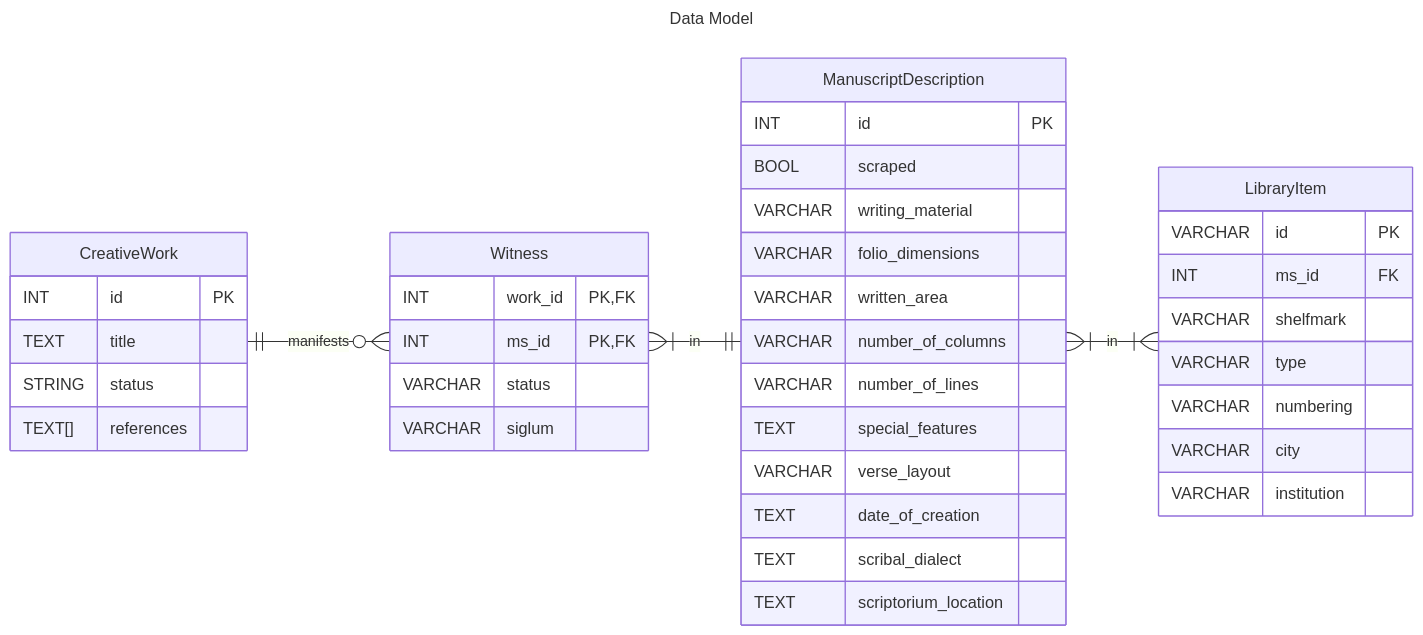
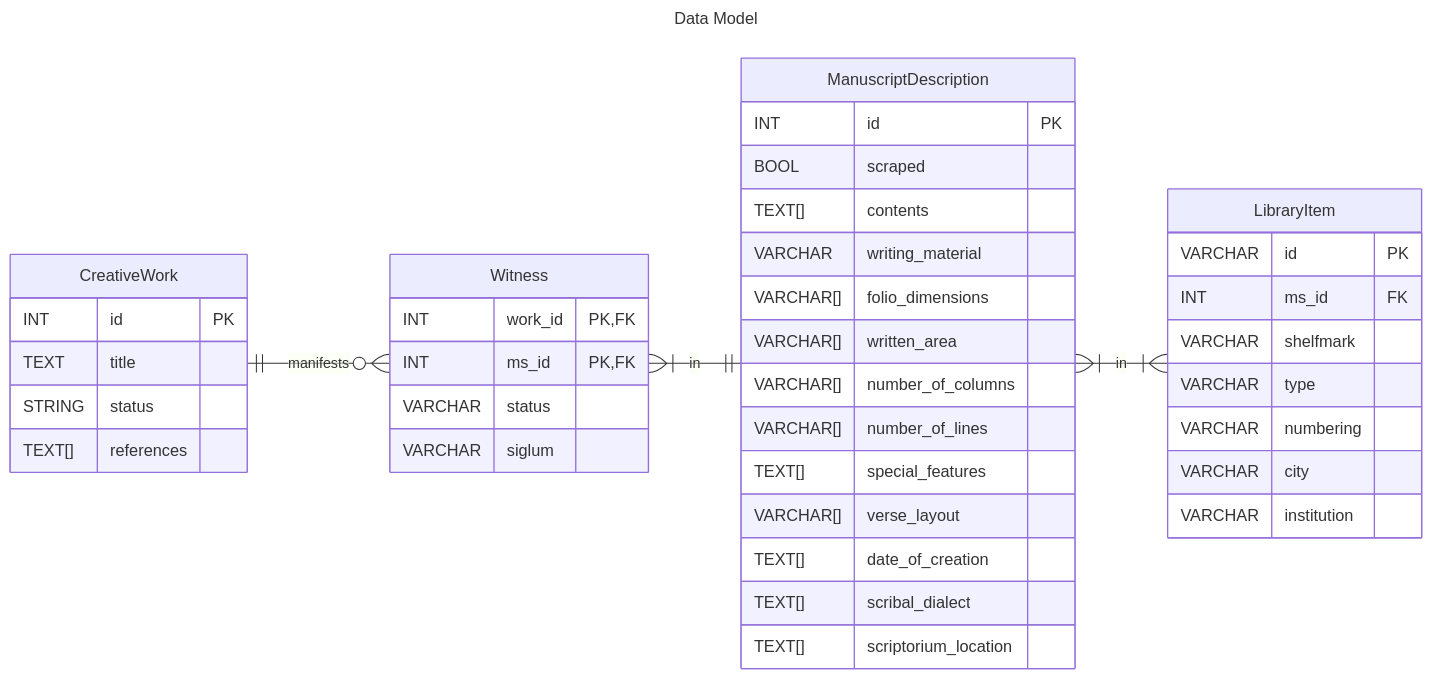
Before and after one commit to LostMa-ERC/hc-scraper: the diagram in README.md, drawn with Mermaid. The commit also changed other lines of this file and 28 other files, not shown here.

````diff
--- a/README.md
+++ b/README.md
@@ -38,49 +45,50 @@
 ```mermaid
 ---
 title: Data Model
 ---
 erDiagram
     direction LR
     CreativeWork ||--o{ Witness : manifests
     Witness }|--|| ManuscriptDescription : in
     ManuscriptDescription }|--|{ LibraryItem : in
 
     CreativeWork{
         INT id PK
         TEXT title
         STRING status
         TEXT[] references
     }
 
     Witness {
         INT work_id PK, FK
         INT ms_id PK, FK
         VARCHAR status
         VARCHAR siglum
     }
 
     ManuscriptDescription {
         INT id PK
         BOOL scraped
+        TEXT[] contents
         VARCHAR writing_material
-        VARCHAR folio_dimensions
-        VARCHAR written_area
-        VARCHAR number_of_columns
-        VARCHAR number_of_lines
-        TEXT special_features
-        VARCHAR verse_layout
-        TEXT date_of_creation
-        TEXT scribal_dialect
-        TEXT scriptorium_location
+        VARCHAR[] folio_dimensions
+        VARCHAR[] written_area
+        VARCHAR[] number_of_columns
+        VARCHAR[] number_of_lines
+        TEXT[] special_features
+        VARCHAR[] verse_layout
+        TEXT[] date_of_creation
+        TEXT[] scribal_dialect
+        TEXT[] scriptorium_location
     }
 
     LibraryItem {
         VARCHAR id PK
         INT ms_id FK
         VARCHAR shelfmark
         VARCHAR type
         VARCHAR numbering
         VARCHAR city
         VARCHAR institution
     }
 ```
````
